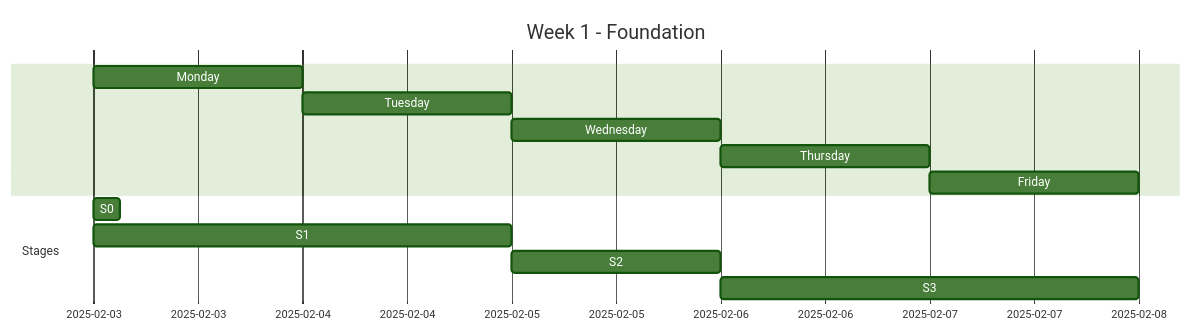
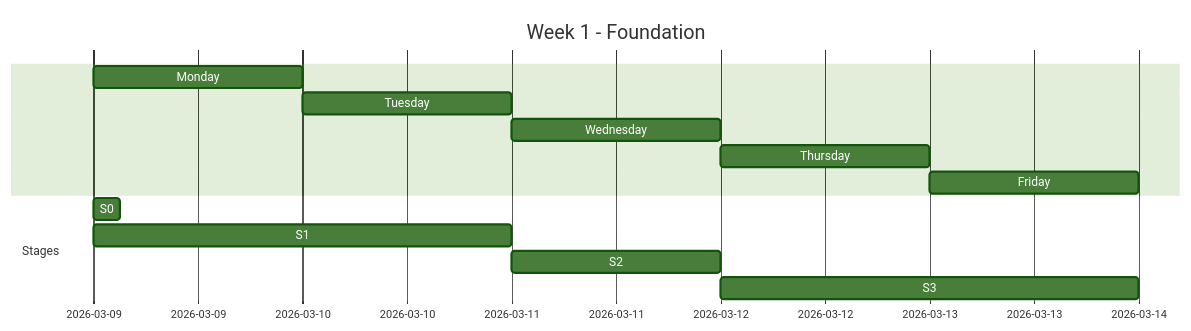
The second of 7 diagrams in docs/Android/Kotlin Android MVP Development Timeline.md (johnmarkovalo/BetWise), drawn with Mermaid (forest theme) before and after one commit. The commit also changed other lines of this file and 8 other files, not shown here.

First line of the commit message:
Add Android Stage 3: AccessibilityService with status detection

````diff
--- a/docs/Android/Kotlin Android MVP Development Timeline.md
+++ b/docs/Android/Kotlin Android MVP Development Timeline.md
@@ -45,17 +45,17 @@
 ```mermaid
 gantt
     title Week 1 - Foundation
     dateFormat  YYYY-MM-DD
-    
-    Monday    :mon1, 2025-02-03, 1d
-    Tuesday   :tue1, 2025-02-04, 1d
-    Wednesday :wed1, 2025-02-05, 1d
-    Thursday  :thu1, 2025-02-06, 1d
-    Friday    :fri1, 2025-02-07, 1d
-    
+
+    Monday    :mon1, 2026-03-09, 1d
+    Tuesday   :tue1, 2026-03-10, 1d
+    Wednesday :wed1, 2026-03-11, 1d
+    Thursday  :thu1, 2026-03-12, 1d
+    Friday    :fri1, 2026-03-13, 1d
+
     section Stages
-    S0: Setup (2h)                :s0, 2025-02-03, 3h
-    S1: Project Setup (4h)        :s1, 2025-02-03, 2d
-    S2: Basic UI (3h)            :s2, 2025-02-05, 1d
-    S3: AccessibilityService (5h):s3, 2025-02-06, 2d
+    S0: Setup (2h)                :s0, 2026-03-09, 3h
+    S1: Project Setup (4h)        :s1, 2026-03-09, 2d
+    S2: Basic UI (3h)            :s2, 2026-03-11, 1d
+    S3: AccessibilityService (5h):s3, 2026-03-12, 2d
 ```
````
